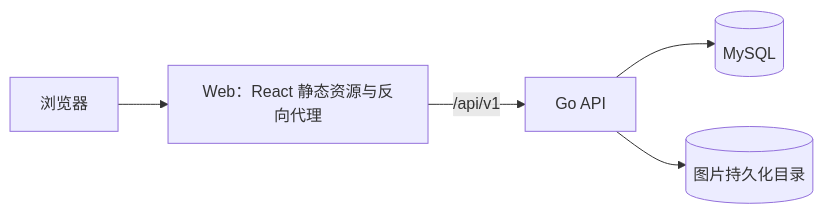
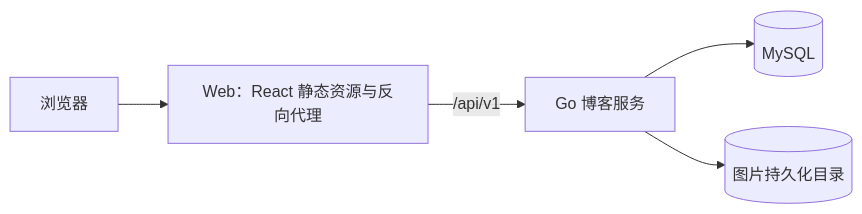
Before and after one commit to goodgoodstudy-stone/blog-system: the first of 2 diagrams in docs/TECHNICAL_DESIGN.md, drawn with Mermaid. The commit also changed other lines of this file and 38 other files, not shown here.

````diff
--- a/docs/TECHNICAL_DESIGN.md
+++ b/docs/TECHNICAL_DESIGN.md
@@ -10,7 +10,7 @@
 ```mermaid
 flowchart LR
     B[浏览器] --> W[Web：React 静态资源与反向代理]
-    W -->|/api/v1| A[Go API]
+    W -->|/api/v1| A[Go 博客服务]
     A --> M[(MySQL)]
     A --> F[(图片持久化目录)]
 ```
````
